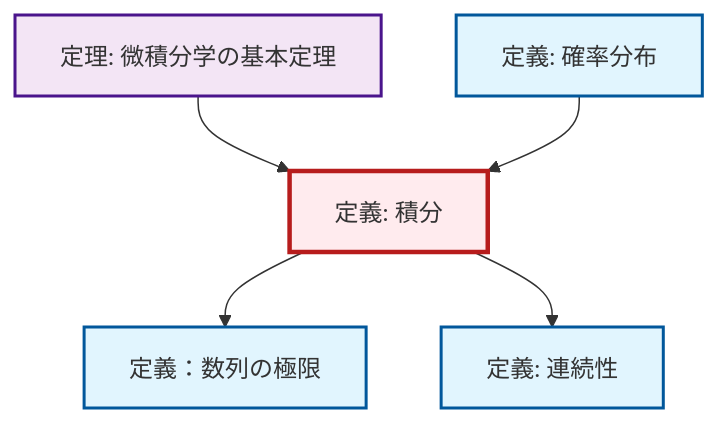
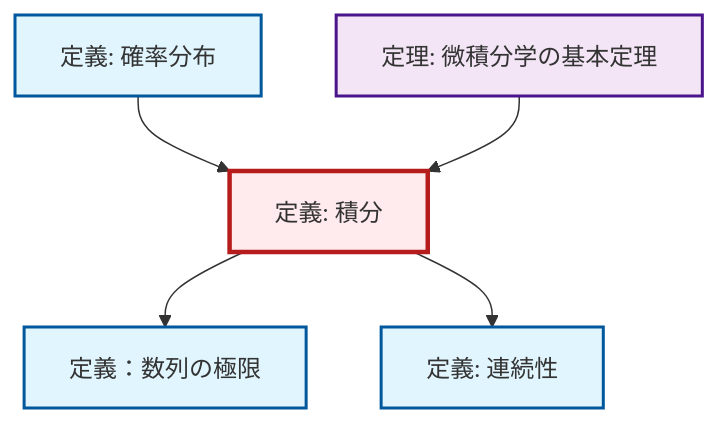
The diagram in content/ja/analysis/def-integral.qmd (RK0429/ModernMath), drawn with Mermaid before and after one commit. The commit also changed other lines of this file and 328 other files, not shown here.

````diff
--- a/content/ja/analysis/def-integral.qmd
+++ b/content/ja/analysis/def-integral.qmd
@@ -82,23 +82,23 @@
 ```{mermaid}
 %%| fig-cap: "ローカル依存関係グラフ"
 graph TD
     classDef definition fill:#e1f5fe,stroke:#01579b,stroke-width:2px
     classDef theorem fill:#f3e5f5,stroke:#4a148c,stroke-width:2px
     classDef axiom fill:#fff3e0,stroke:#e65100,stroke-width:2px
     classDef example fill:#e8f5e9,stroke:#1b5e20,stroke-width:2px
     classDef current fill:#ffebee,stroke:#b71c1c,stroke-width:3px
     def-limit["定義：数列の極限"]:::definition
-    thm-fundamental-calculus["定理: 微積分学の基本定理"]:::theorem
-    def-probability-distribution["定義: 確率分布"]:::definition
     def-continuity["定義: 連続性"]:::definition
     def-integral["定義: 積分"]:::definition
+    def-probability-distribution["定義: 確率分布"]:::definition
+    thm-fundamental-calculus["定理: 微積分学の基本定理"]:::theorem
+    def-probability-distribution --> def-integral
     thm-fundamental-calculus --> def-integral
     def-integral --> def-limit
     def-integral --> def-continuity
-    def-probability-distribution --> def-integral
     class def-integral current
     click def-limit "def-limit.html" "定義：数列の極限へ"
+    click def-continuity "def-continuity.html" "連続性の定義へ"
+    click def-probability-distribution "def-probability-distribution.html" "確率分布の定義へ"
     click thm-fundamental-calculus "thm-fundamental-calculus.html" "微積分学の基本定理の定理へ"
-    click def-probability-distribution "def-probability-distribution.html" "確率分布の定義へ"
-    click def-continuity "def-continuity.html" "連続性の定義へ"
 ```
````
